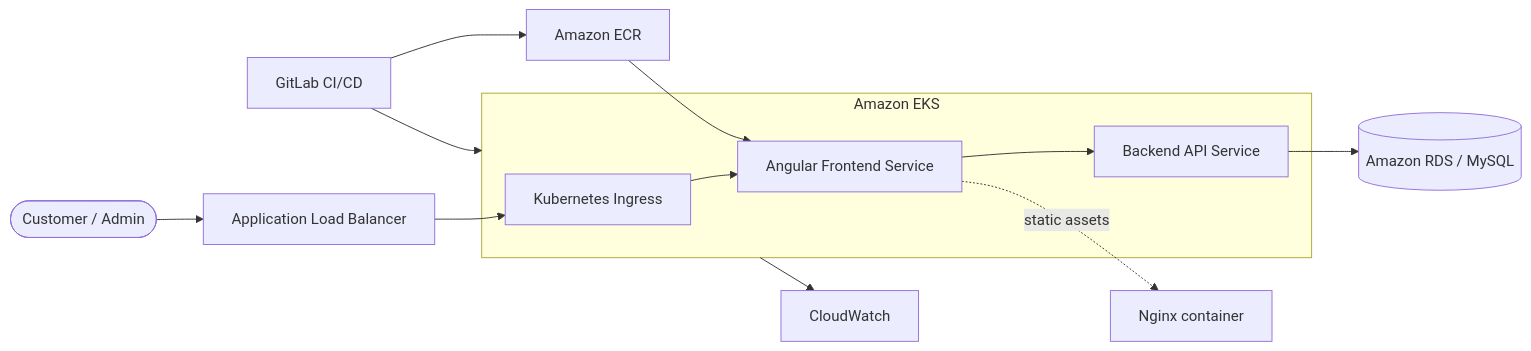
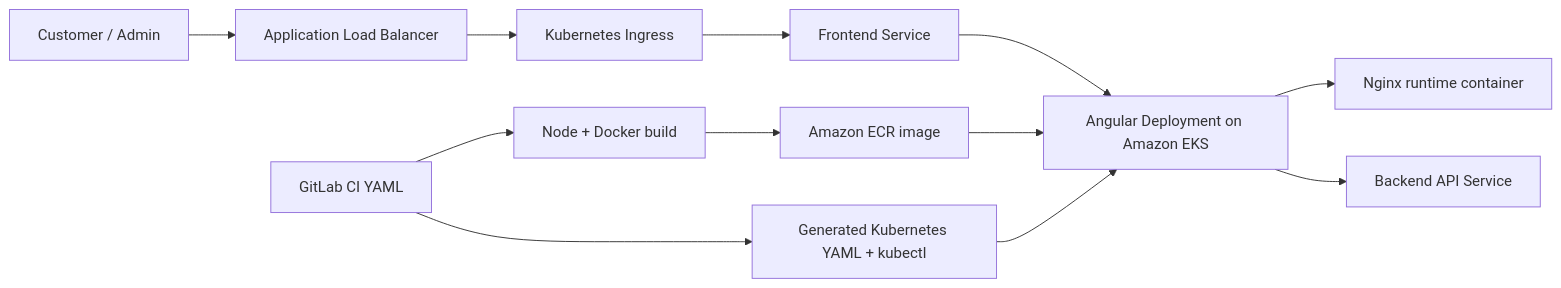
Before and after one commit to pavan-007-0/aws-3tier-cft-frontend: the diagram in README.md, drawn with Mermaid. The commit also changed other lines of this file, not shown here.

Commit message:
docs: clarify Kubernetes YAML EKS delivery model

````diff
--- a/README.md
+++ b/README.md
@@ -9,15 +14,14 @@
 ```mermaid
 flowchart LR
-    User([Customer / Admin]) --> ALB[Application Load Balancer]
+    User[Customer / Admin] --> ALB[Application Load Balancer]
     ALB --> Ingress[Kubernetes Ingress]
-    subgraph EKS[Amazon EKS]
-      Ingress --> Frontend[Angular Frontend Service]
-      Frontend --> Backend[Backend API Service]
-    end
-    Frontend -. static assets .-> Nginx[Nginx container]
-    Backend --> RDS[(Amazon RDS / MySQL)]
-    ECR[Amazon ECR] --> Frontend
-    CICD[GitLab CI/CD] --> ECR
-    CICD --> EKS
-    EKS --> CW[CloudWatch]
+    Ingress --> Service[Frontend Service]
+    Service --> App[Angular Deployment on Amazon EKS]
+    App --> Nginx[Nginx runtime container]
+    ECR[Amazon ECR image] --> App
+    App --> API[Backend API Service]
+    CI[GitLab CI YAML] --> Build[Node + Docker build]
+    Build --> ECR
+    CI --> Apply[Generated Kubernetes YAML + kubectl]
+    Apply --> App
 ```
````
